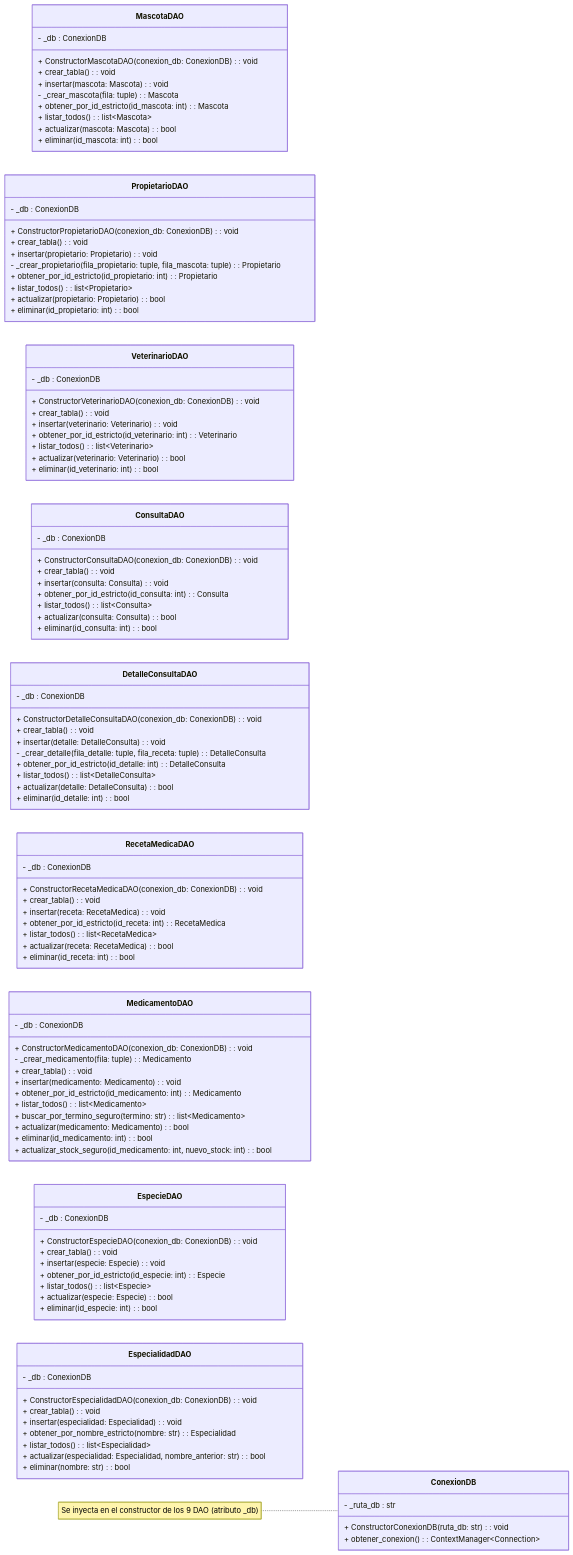
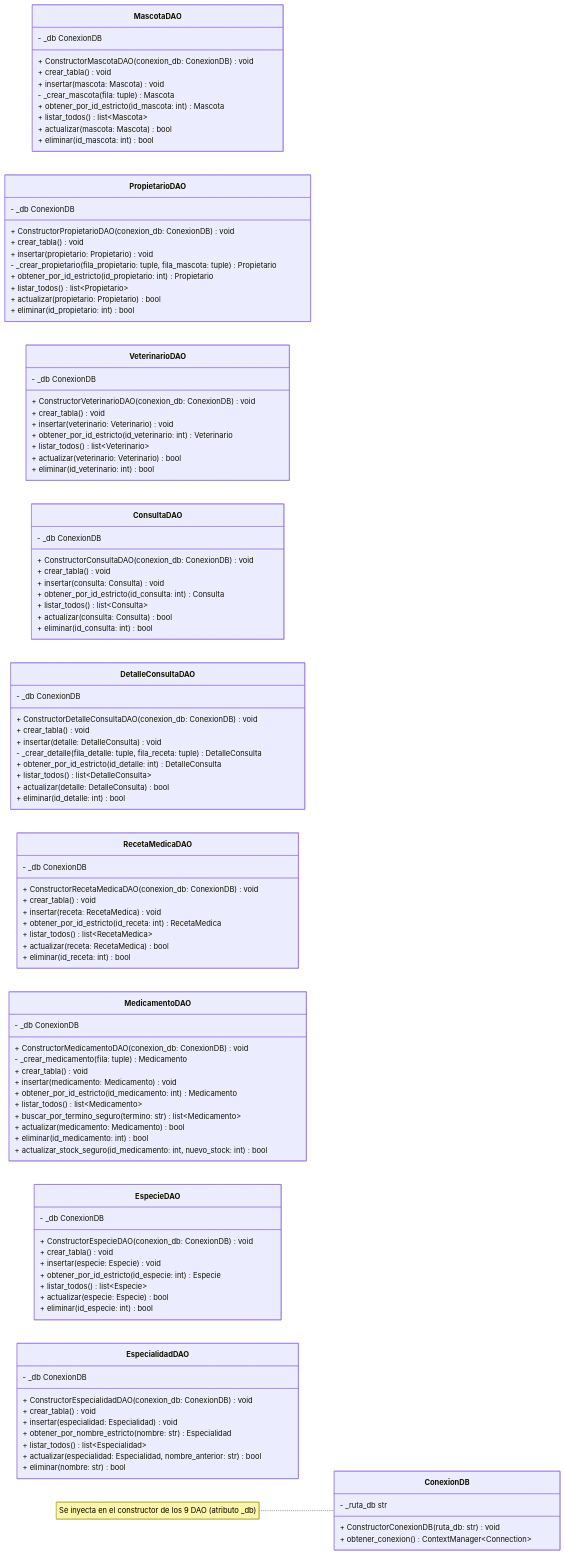
One commit to josetomash/veterinaria changed the second of 6 diagrams in README.md. Above: the diagram before and after it, drawn with Mermaid. The commit also changed other lines of this file, not shown here.

````diff
--- a/README.md
+++ b/README.md
@@ -353,114 +353,114 @@
     direction LR
 
     class ConexionDB {
-        + ConstructorConexionDB(ruta_db: str) : void
-        - _ruta_db : str
-        + obtener_conexion() : ContextManager~Connection~
+        + ConstructorConexionDB(ruta_db: str) void
+        - _ruta_db str
+        + obtener_conexion() ContextManager~Connection~
     }
     note for ConexionDB "Se inyecta en el constructor de los 9 DAO (atributo _db)"
 
     class MascotaDAO {
-        + ConstructorMascotaDAO(conexion_db: ConexionDB) : void
-        - _db : ConexionDB
-        + crear_tabla() : void
-        + insertar(mascota: Mascota) : void
-        - _crear_mascota(fila: tuple) : Mascota
-        + obtener_por_id_estricto(id_mascota: int) : Mascota
-        + listar_todos() : list~Mascota~
-        + actualizar(mascota: Mascota) : bool
-        + eliminar(id_mascota: int) : bool
+        + ConstructorMascotaDAO(conexion_db: ConexionDB) void
+        - _db ConexionDB
+        + crear_tabla() void
+        + insertar(mascota: Mascota) void
+        - _crear_mascota(fila: tuple) Mascota
+        + obtener_por_id_estricto(id_mascota: int) Mascota
+        + listar_todos() list~Mascota~
+        + actualizar(mascota: Mascota) bool
+        + eliminar(id_mascota: int) bool
     }
 
     class PropietarioDAO {
-        + ConstructorPropietarioDAO(conexion_db: ConexionDB) : void
-        - _db : ConexionDB
-        + crear_tabla() : void
-        + insertar(propietario: Propietario) : void
-        - _crear_propietario(fila_propietario: tuple, fila_mascota: tuple) : Propietario
-        + obtener_por_id_estricto(id_propietario: int) : Propietario
-        + listar_todos() : list~Propietario~
-        + actualizar(propietario: Propietario) : bool
-        + eliminar(id_propietario: int) : bool
+        + ConstructorPropietarioDAO(conexion_db: ConexionDB) void
+        - _db ConexionDB
+        + crear_tabla() void
+        + insertar(propietario: Propietario) void
+        - _crear_propietario(fila_propietario: tuple, fila_mascota: tuple) Propietario
+        + obtener_por_id_estricto(id_propietario: int) Propietario
+        + listar_todos() list~Propietario~
+        + actualizar(propietario: Propietario) bool
+        + eliminar(id_propietario: int) bool
     }
 
     class VeterinarioDAO {
-        + ConstructorVeterinarioDAO(conexion_db: ConexionDB) : void
-        - _db : ConexionDB
-        + crear_tabla() : void
-        + insertar(veterinario: Veterinario) : void
-        + obtener_por_id_estricto(id_veterinario: int) : Veterinario
-        + listar_todos() : list~Veterinario~
-        + actualizar(veterinario: Veterinario) : bool
-        + eliminar(id_veterinario: int) : bool
+        + ConstructorVeterinarioDAO(conexion_db: ConexionDB) void
+        - _db ConexionDB
+        + crear_tabla() void
+        + insertar(veterinario: Veterinario) void
+        + obtener_por_id_estricto(id_veterinario: int) Veterinario
+        + listar_todos() list~Veterinario~
+        + actualizar(veterinario: Veterinario) bool
+        + eliminar(id_veterinario: int) bool
     }
 
     class ConsultaDAO {
-        + ConstructorConsultaDAO(conexion_db: ConexionDB) : void
-        - _db : ConexionDB
-        + crear_tabla() : void
-        + insertar(consulta: Consulta) : void
-        + obtener_por_id_estricto(id_consulta: int) : Consulta
-        + listar_todos() : list~Consulta~
-        + actualizar(consulta: Consulta) : bool
-        + eliminar(id_consulta: int) : bool
+        + ConstructorConsultaDAO(conexion_db: ConexionDB) void
+        - _db ConexionDB
+        + crear_tabla() void
+        + insertar(consulta: Consulta) void
+        + obtener_por_id_estricto(id_consulta: int) Consulta
+        + listar_todos() list~Consulta~
+        + actualizar(consulta: Consulta) bool
+        + eliminar(id_consulta: int) bool
     }
 
     class DetalleConsultaDAO {
-        + ConstructorDetalleConsultaDAO(conexion_db: ConexionDB) : void
-        - _db : ConexionDB
-        + crear_tabla() : void
-        + insertar(detalle: DetalleConsulta) : void
-        - _crear_detalle(fila_detalle: tuple, fila_receta: tuple) : DetalleConsulta
-        + obtener_por_id_estricto(id_detalle: int) : DetalleConsulta
-        + listar_todos() : list~DetalleConsulta~
-        + actualizar(detalle: DetalleConsulta) : bool
-        + eliminar(id_detalle: int) : bool
+        + ConstructorDetalleConsultaDAO(conexion_db: ConexionDB) void
+        - _db ConexionDB
+        + crear_tabla() void
+        + insertar(detalle: DetalleConsulta) void
+        - _crear_detalle(fila_detalle: tuple, fila_receta: tuple) DetalleConsulta
+        + obtener_por_id_estricto(id_detalle: int) DetalleConsulta
+        + listar_todos() list~DetalleConsulta~
+        + actualizar(detalle: DetalleConsulta) bool
+        + eliminar(id_detalle: int) bool
     }
 
     class RecetaMedicaDAO {
-        + ConstructorRecetaMedicaDAO(conexion_db: ConexionDB) : void
-        - _db : ConexionDB
-        + crear_tabla() : void
-        + insertar(receta: RecetaMedica) : void
-        + obtener_por_id_estricto(id_receta: int) : RecetaMedica
-        + listar_todos() : list~RecetaMedica~
-        + actualizar(receta: RecetaMedica) : bool
-        + eliminar(id_receta: int) : bool
+        + ConstructorRecetaMedicaDAO(conexion_db: ConexionDB) void
+        - _db ConexionDB
+        + crear_tabla() void
+        + insertar(receta: RecetaMedica) void
+        + obtener_por_id_estricto(id_receta: int) RecetaMedica
+        + listar_todos() list~RecetaMedica~
+        + actualizar(receta: RecetaMedica) bool
+        + eliminar(id_receta: int) bool
     }
 
     class MedicamentoDAO {
-        + ConstructorMedicamentoDAO(conexion_db: ConexionDB) : void
-        - _db : ConexionDB
-        - _crear_medicamento(fila: tuple) : Medicamento
-        + crear_tabla() : void
-        + insertar(medicamento: Medicamento) : void
-        + obtener_por_id_estricto(id_medicamento: int) : Medicamento
-        + listar_todos() : list~Medicamento~
-        + buscar_por_termino_seguro(termino: str) : list~Medicamento~
-        + actualizar(medicamento: Medicamento) : bool
-        + eliminar(id_medicamento: int) : bool
-        + actualizar_stock_seguro(id_medicamento: int, nuevo_stock: int) : bool
+        + ConstructorMedicamentoDAO(conexion_db: ConexionDB) void
+        - _db ConexionDB
+        - _crear_medicamento(fila: tuple) Medicamento
+        + crear_tabla() void
+        + insertar(medicamento: Medicamento) void
+        + obtener_por_id_estricto(id_medicamento: int) Medicamento
+        + listar_todos() list~Medicamento~
+        + buscar_por_termino_seguro(termino: str) list~Medicamento~
+        + actualizar(medicamento: Medicamento) bool
+        + eliminar(id_medicamento: int) bool
+        + actualizar_stock_seguro(id_medicamento: int, nuevo_stock: int) bool
     }
 
     class EspecieDAO {
-        + ConstructorEspecieDAO(conexion_db: ConexionDB) : void
-        - _db : ConexionDB
-        + crear_tabla() : void
-        + insertar(especie: Especie) : void
-        + obtener_por_id_estricto(id_especie: int) : Especie
-        + listar_todos() : list~Especie~
-        + actualizar(especie: Especie) : bool
-        + eliminar(id_especie: int) : bool
+        + ConstructorEspecieDAO(conexion_db: ConexionDB) void
+        - _db ConexionDB
+        + crear_tabla() void
+        + insertar(especie: Especie) void
+        + obtener_por_id_estricto(id_especie: int) Especie
+        + listar_todos() list~Especie~
+        + actualizar(especie: Especie) bool
+        + eliminar(id_especie: int) bool
     }
 
     class EspecialidadDAO {
-        + ConstructorEspecialidadDAO(conexion_db: ConexionDB) : void
-        - _db : ConexionDB
-        + crear_tabla() : void
-        + insertar(especialidad: Especialidad) : void
-        + obtener_por_nombre_estricto(nombre: str) : Especialidad
-        + listar_todos() : list~Especialidad~
-        + actualizar(especialidad: Especialidad, nombre_anterior: str) : bool
-        + eliminar(nombre: str) : bool
+        + ConstructorEspecialidadDAO(conexion_db: ConexionDB) void
+        - _db ConexionDB
+        + crear_tabla() void
+        + insertar(especialidad: Especialidad) void
+        + obtener_por_nombre_estricto(nombre: str) Especialidad
+        + listar_todos() list~Especialidad~
+        + actualizar(especialidad: Especialidad, nombre_anterior: str) bool
+        + eliminar(nombre: str) bool
     }
 ```
````
